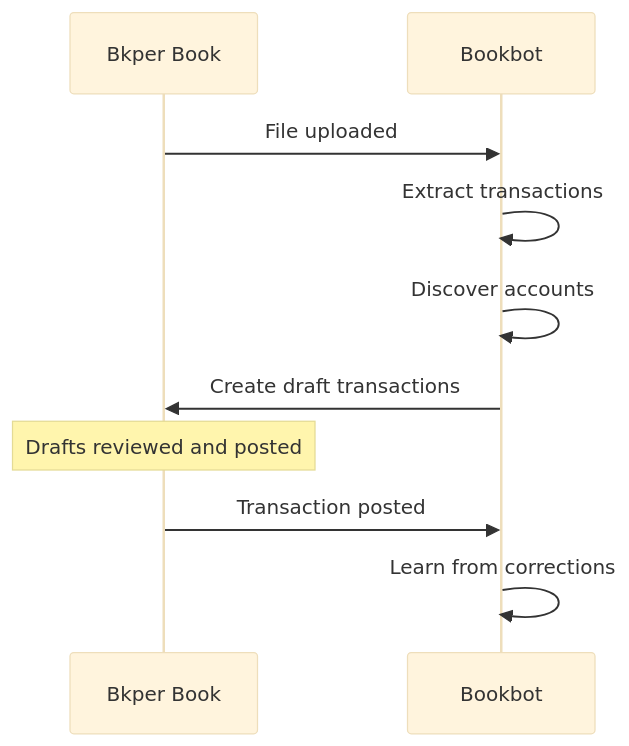
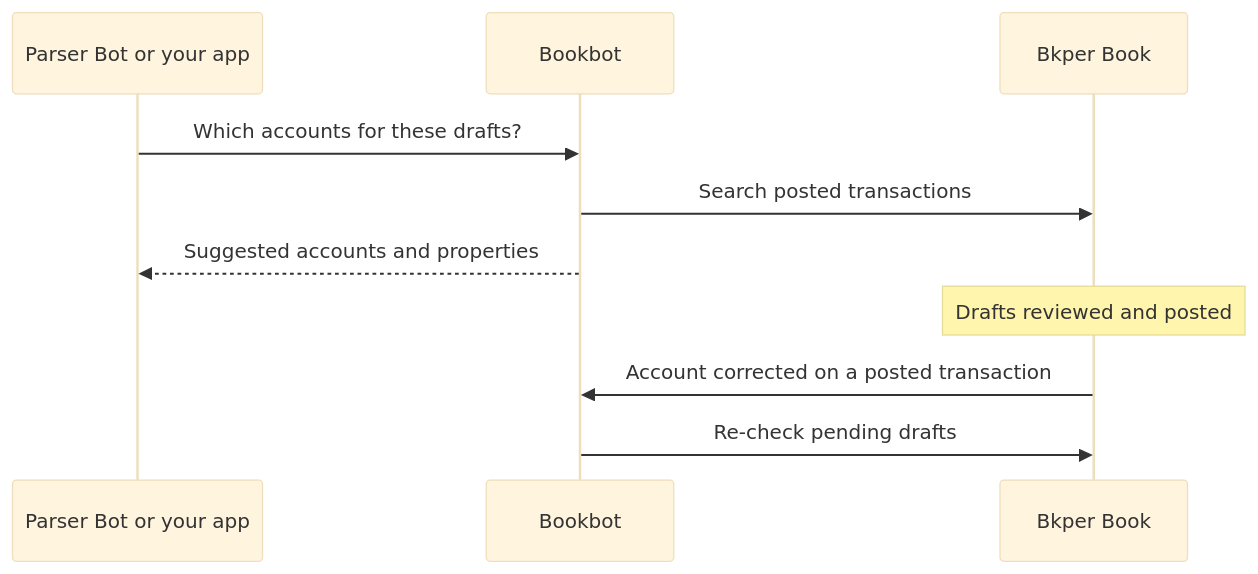
The diagram in bookbot/README.md (bkper/bkper-apps), drawn with Mermaid (base theme) before and after one commit. The commit also changed other lines of this file, not shown here.

Commit message:
bookbot: user-facing README for account discovery (sync at the handover)

````diff
--- a/bookbot/README.md
+++ b/bookbot/README.md
@@ -9,13 +11,13 @@
 ```mermaid
 sequenceDiagram
+    participant Parser as Parser Bot or your app
+    participant Bookbot as Bookbot
     participant Book as Bkper Book
-    participant Agent as Bookbot
 
-    Book->>Agent: File uploaded
-    Agent->>Agent: Extract transactions
-    Agent->>Agent: Discover accounts
-    Agent->>Book: Create draft transactions
+    Parser->>Bookbot: Which accounts for these drafts?
+    Bookbot->>Book: Search posted transactions
+    Bookbot-->>Parser: Suggested accounts and properties
     Note over Book: Drafts reviewed and posted
-    Book->>Agent: Transaction posted
-    Agent->>Agent: Learn from corrections
+    Book->>Bookbot: Account corrected on a posted transaction
+    Bookbot->>Book: Re-check pending drafts
 ```
````
